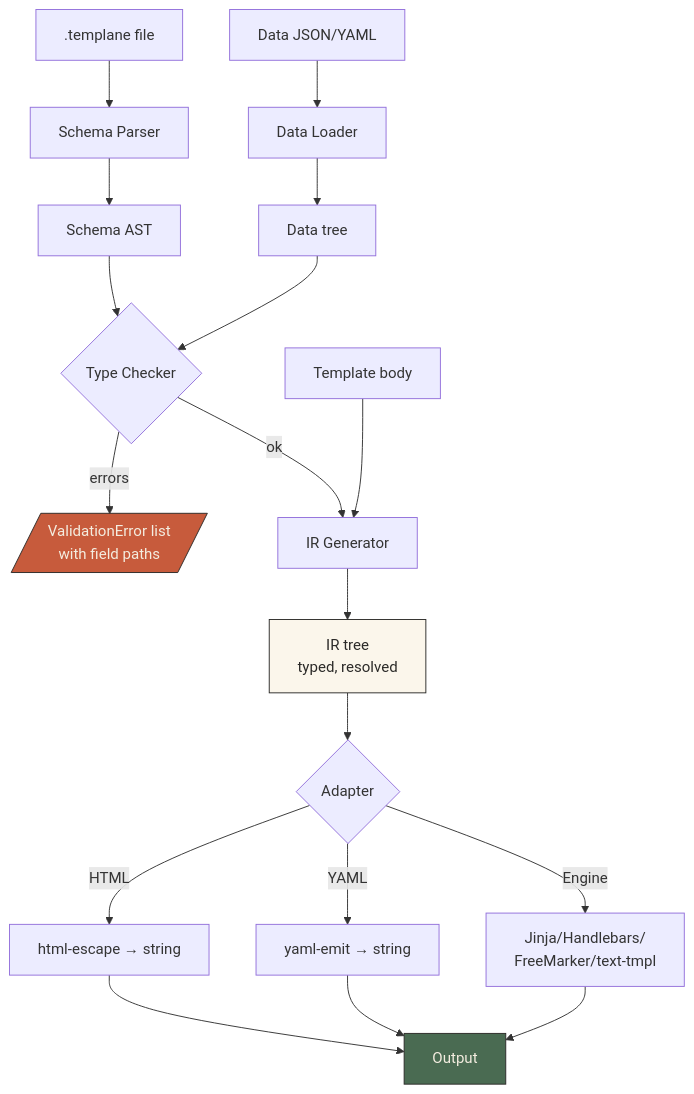
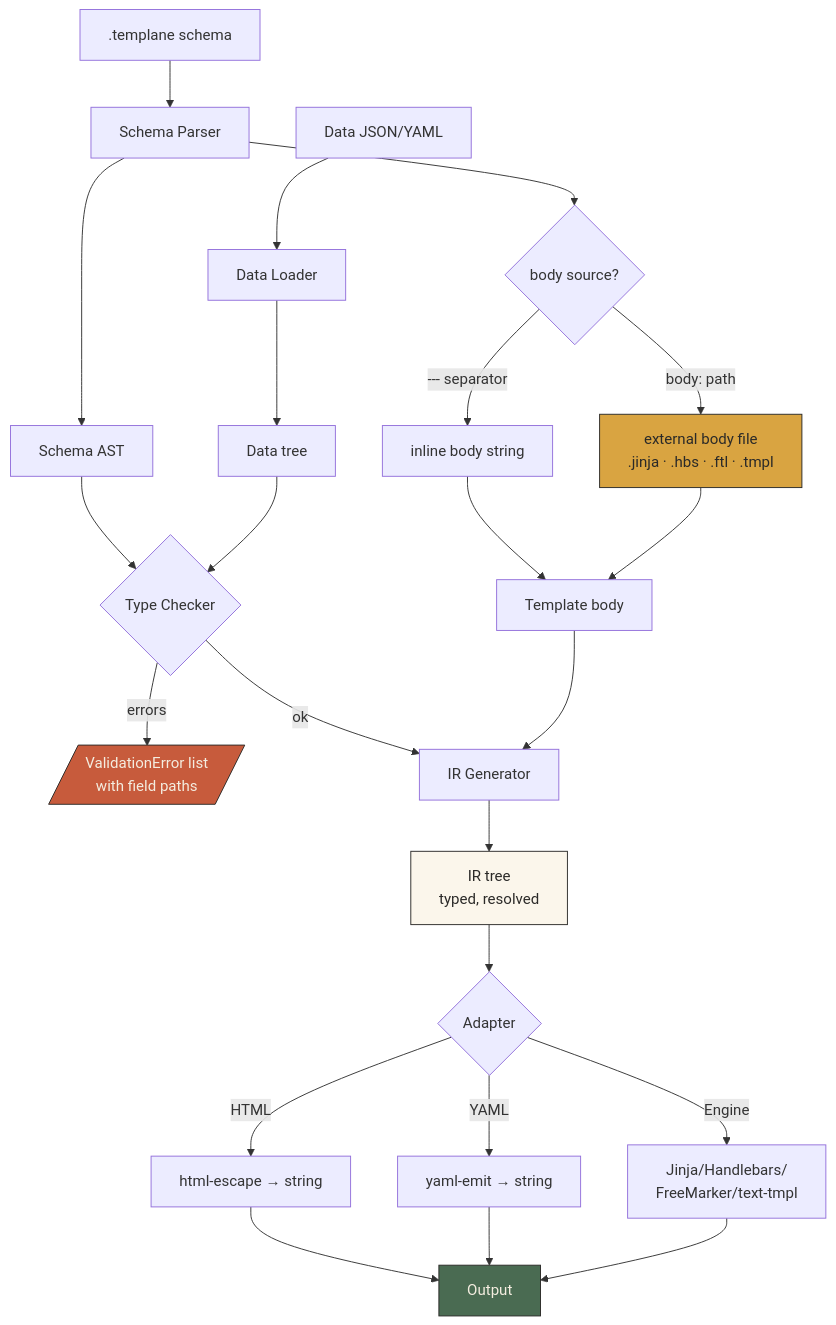
Before and after one commit to ereshzealous/Templane: the second of 13 diagrams in docs/ARCHITECTURE.md, drawn with Mermaid. The commit also changed other lines of this file and 2 other files, not shown here.

First line of the commit message:
docs: phase 5 — sidecar framing shift + ADOPTION.md + architecture refresh

````diff
--- a/docs/ARCHITECTURE.md
+++ b/docs/ARCHITECTURE.md
@@ -63,29 +65,35 @@
 ```mermaid
 flowchart TD
-    A[.templane file] --> B[Schema Parser]
+    A[.templane schema] --> B[Schema Parser]
+    B --> B1{body source?}
+    B1 -->|--- separator| C1[inline body string]
+    B1 -->|body: path| C2[external body file<br/>.jinja · .hbs · .ftl · .tmpl]
+    C1 --> J[Template body]
+    C2 --> J
     B --> C[Schema AST]
 
     D[Data JSON/YAML] --> E[Data Loader]
     E --> F[Data tree]
 
     C --> G{Type Checker}
     F --> G
     G -->|errors| H[/ValidationError list<br/>with field paths/]
     G -->|ok| I[IR Generator]
 
-    J[Template body] --> I
+    J --> I
     I --> K[IR tree<br/>typed, resolved]
 
     K --> L{Adapter}
     L -->|HTML| M[html-escape → string]
     L -->|YAML| N[yaml-emit → string]
     L -->|Engine| O[Jinja/Handlebars/<br/>FreeMarker/text-tmpl]
 
     M --> P[Output]
     N --> P
     O --> P
 
     style H fill:#C75B3C,color:#F4EDE0,stroke:#2B2A28
     style P fill:#4A6B52,color:#F4EDE0,stroke:#2B2A28
     style K fill:#FBF6EB,stroke:#2B2A28,color:#2B2A28
+    style C2 fill:#D9A441,color:#2B2A28,stroke:#2B2A28
 ```
````
